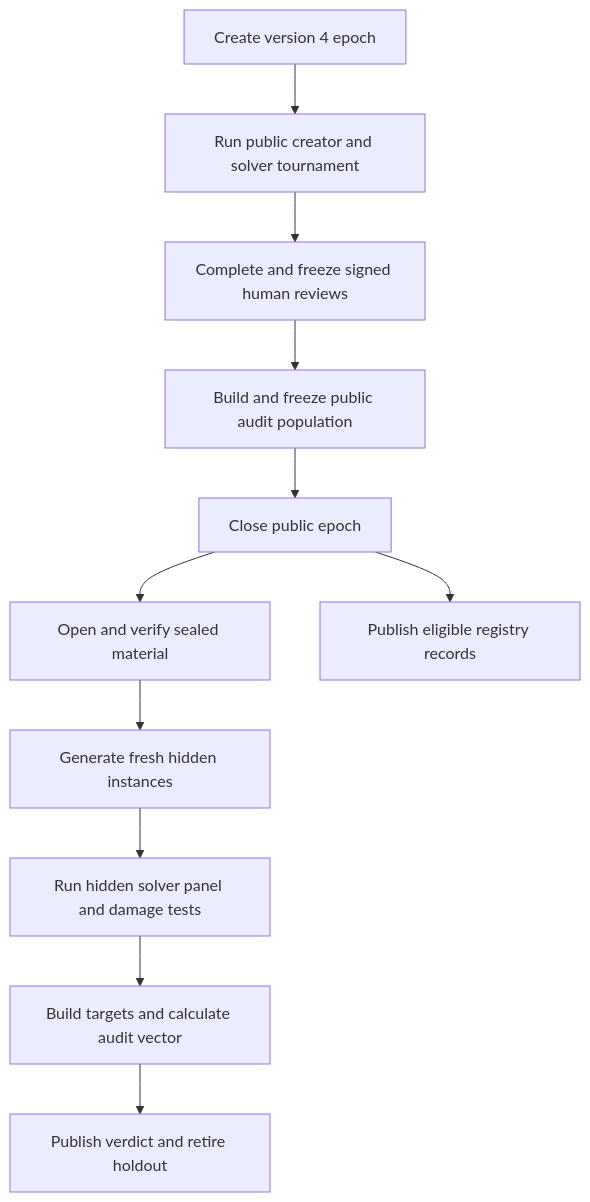
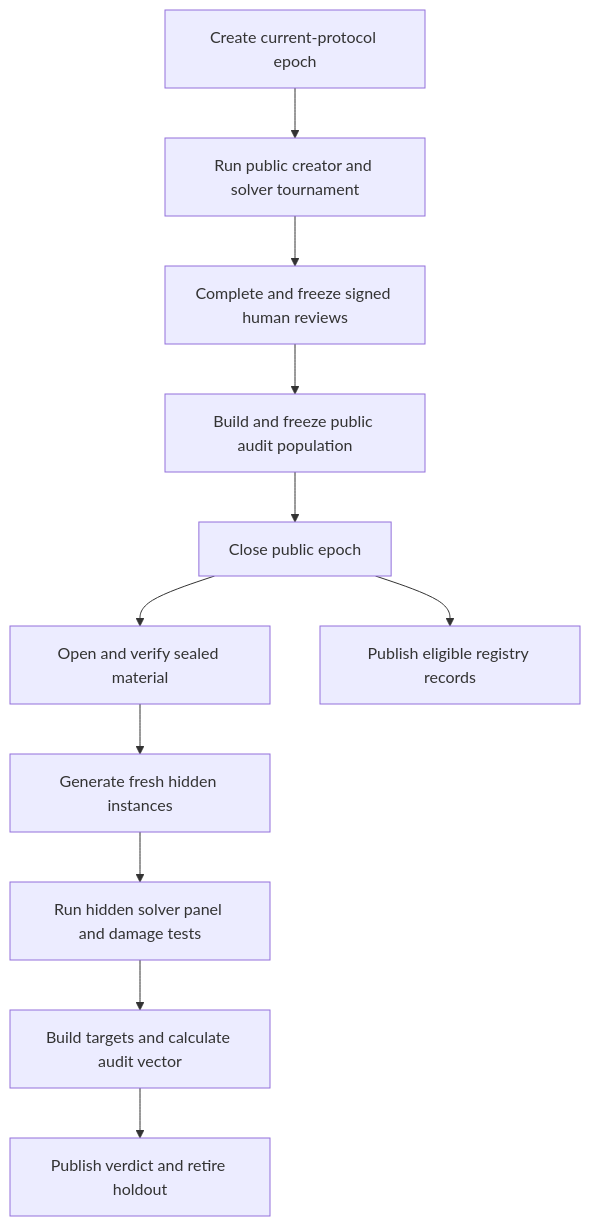
Before and after one commit to ericfzhu/BenchBenchAgent: the diagram in docs/implementation-plan.md, drawn with Mermaid. The commit also changed other lines of this file and 16 other files, not shown here.

````diff
--- a/docs/implementation-plan.md
+++ b/docs/implementation-plan.md
@@ -42,13 +42,13 @@
 ```mermaid
 flowchart TD
-    A["Create version 4 epoch"] --> B["Run public creator and solver tournament"]
+    A["Create current-protocol epoch"] --> B["Run public creator and solver tournament"]
     B --> C["Complete and freeze signed human reviews"]
     C --> D["Build and freeze public audit population"]
     D --> E["Close public epoch"]
     E --> F["Open and verify sealed material"]
     E --> K["Publish eligible registry records"]
     F --> G["Generate fresh hidden instances"]
     G --> H["Run hidden solver panel and damage tests"]
     H --> I["Build targets and calculate audit vector"]
     I --> J["Publish verdict and retire holdout"]
 ```
````
